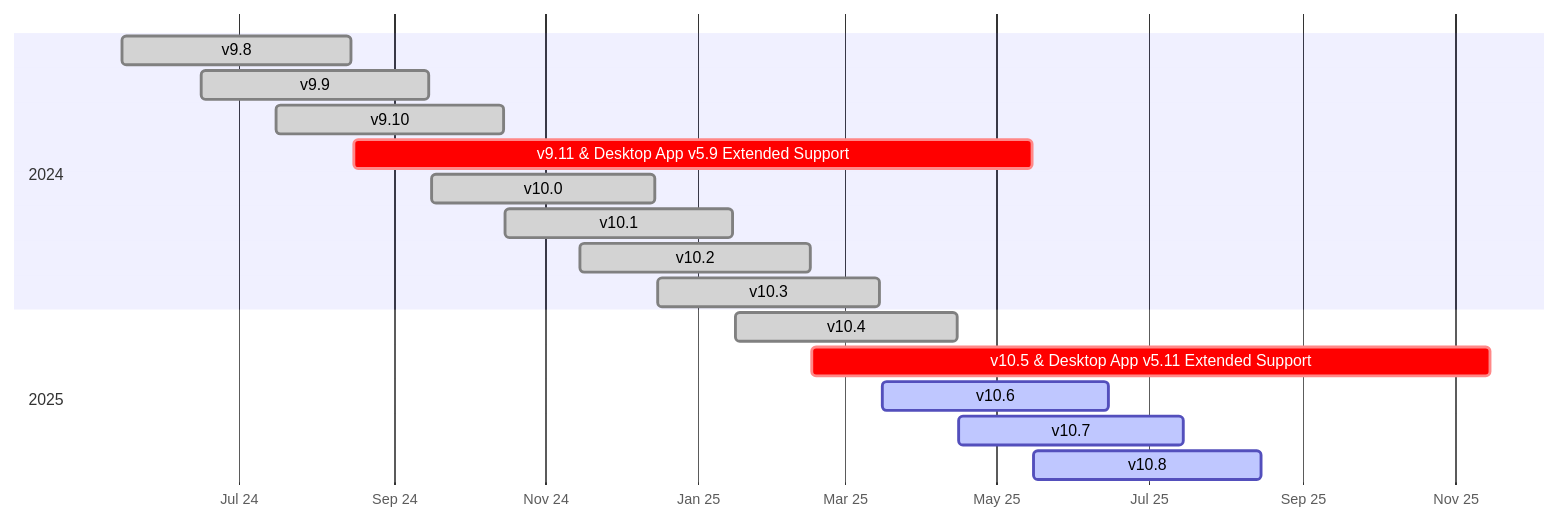
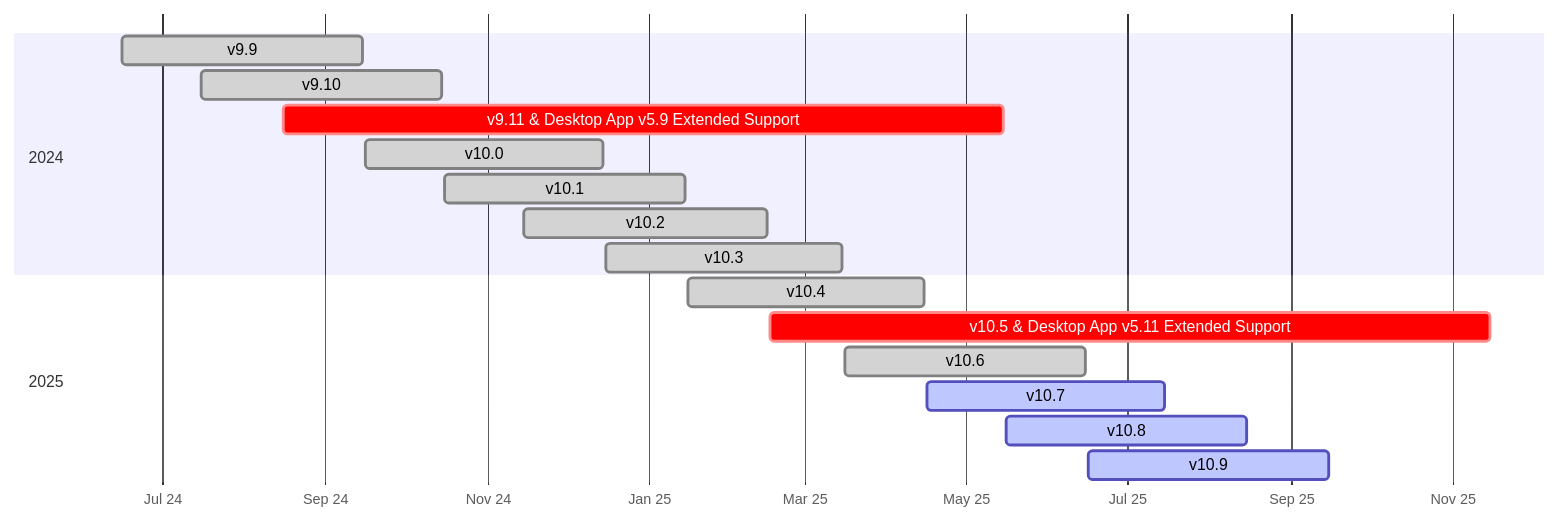
One commit to mattermost/docs changed the diagram in source/about/release-policy.md. Above: the diagram before and after it, drawn with Mermaid.

````diff
--- a/source/about/release-policy.md
+++ b/source/about/release-policy.md
@@ -48,24 +48,24 @@
 ```{mermaid}
 
 gantt
     dateFormat  YYYY-MM-DD
     axisFormat  %b %y
     tickInterval 2month
     
     section 2024
-    v9.8                   :done,  2024-05-15, 2024-08-15
     v9.9                   :done,  2024-06-16, 2024-09-15
     v9.10                  :done,  2024-07-16, 2024-10-15
     v9.11 & Desktop App v5.9 Extended Support :crit,    2024-08-16, 2025-05-15
     v10.0                  :done,    2024-09-16, 2024-12-15
     v10.1                  :done,    2024-10-16, 2025-01-15
     v10.2                  :done,  2024-11-15, 2025-02-15
     v10.3                  :done,  2024-12-16, 2025-03-15
 
     section 2025
     v10.4                  :done,  2025-01-16, 2025-04-15
     v10.5 & Desktop App v5.11 Extended Support :crit,    2025-02-16, 2025-11-15
-    v10.6                  :active, 2025-03-16, 2025-06-15
+    v10.6                  :done, 2025-03-16, 2025-06-15
     v10.7                  :active, 2025-04-16, 2025-07-15
     v10.8                  :active, 2025-05-16, 2025-08-15
+    v10.9                  :active, 2025-06-16, 2025-09-15
 ```
````
